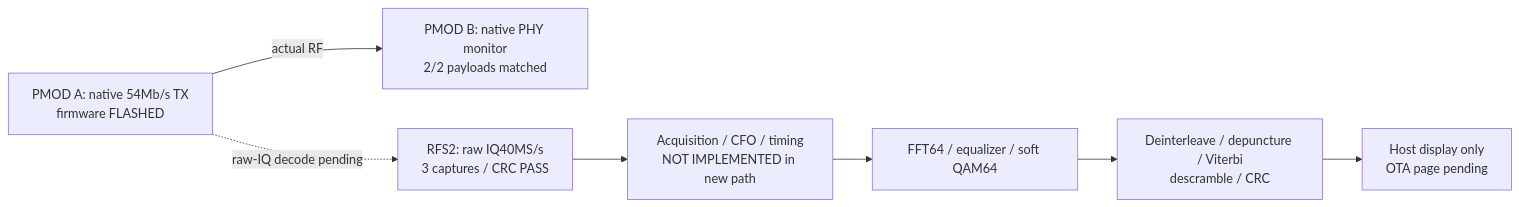
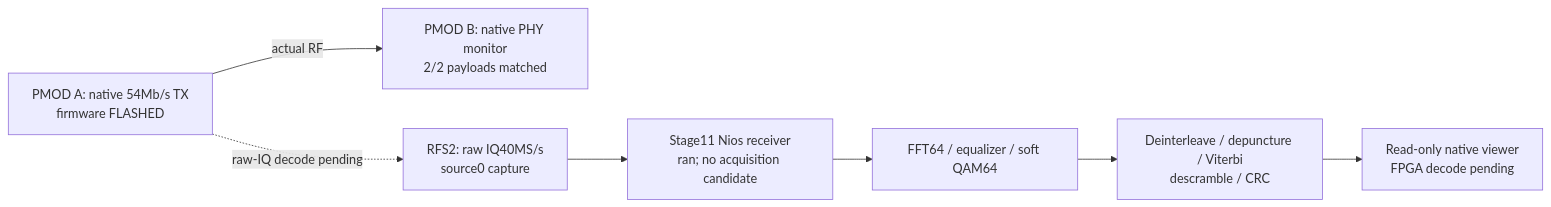
Before and after one commit to AEW2015/altera_examples: the diagram in esp32_agilex3_iq/docs/WIFI64_IMPLEMENTATION_STATUS.md, drawn with Mermaid. The commit also changed other lines of this file and 8 other files, not shown here.

Commit message:
Qualify native Wi-Fi OTA and add guarded FPGA receiver programming

````diff
--- a/esp32_agilex3_iq/docs/WIFI64_IMPLEMENTATION_STATUS.md
+++ b/esp32_agilex3_iq/docs/WIFI64_IMPLEMENTATION_STATUS.md
@@ -8,9 +8,9 @@
 ```mermaid
 flowchart LR
   A[PMOD A: native 54Mb/s TX<br/>firmware FLASHED] -->|actual RF| M[PMOD B: native PHY monitor<br/>2/2 payloads matched]
-  A -. raw-IQ decode pending .-> B[RFS2: raw IQ40MS/s<br/>3 captures / CRC PASS]
-  B --> C[Acquisition / CFO / timing<br/>NOT IMPLEMENTED in new path]
+  A -. raw-IQ decode pending .-> B[RFS2: raw IQ40MS/s<br/>source0 capture]
+  B --> C[Stage11 Nios receiver<br/>ran; no acquisition candidate]
   C --> D[FFT64 / equalizer / soft QAM64]
   D --> E[Deinterleave / depuncture / Viterbi<br/>descramble / CRC]
-  E --> F[Host display only<br/>OTA page pending]
+  E --> F[Read-only native viewer<br/>FPGA decode pending]
 ```
````
